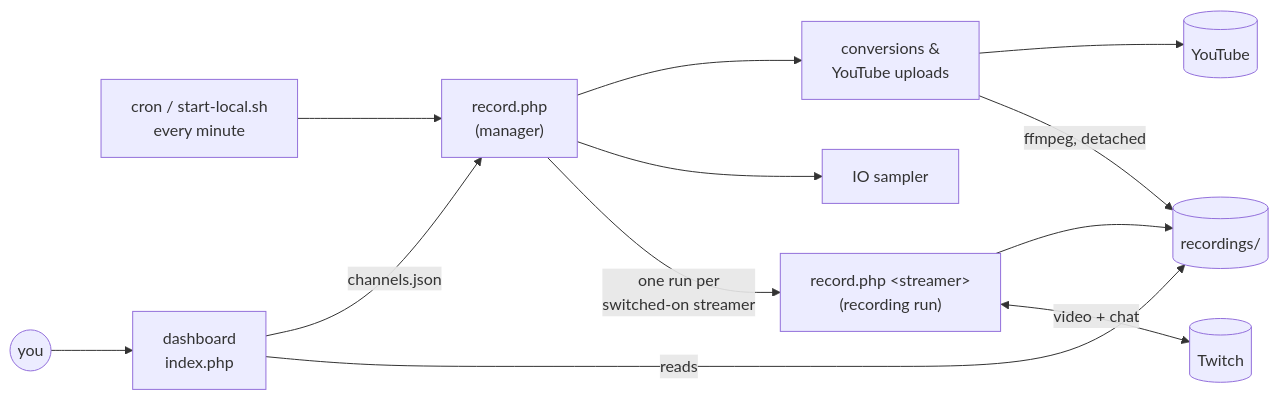
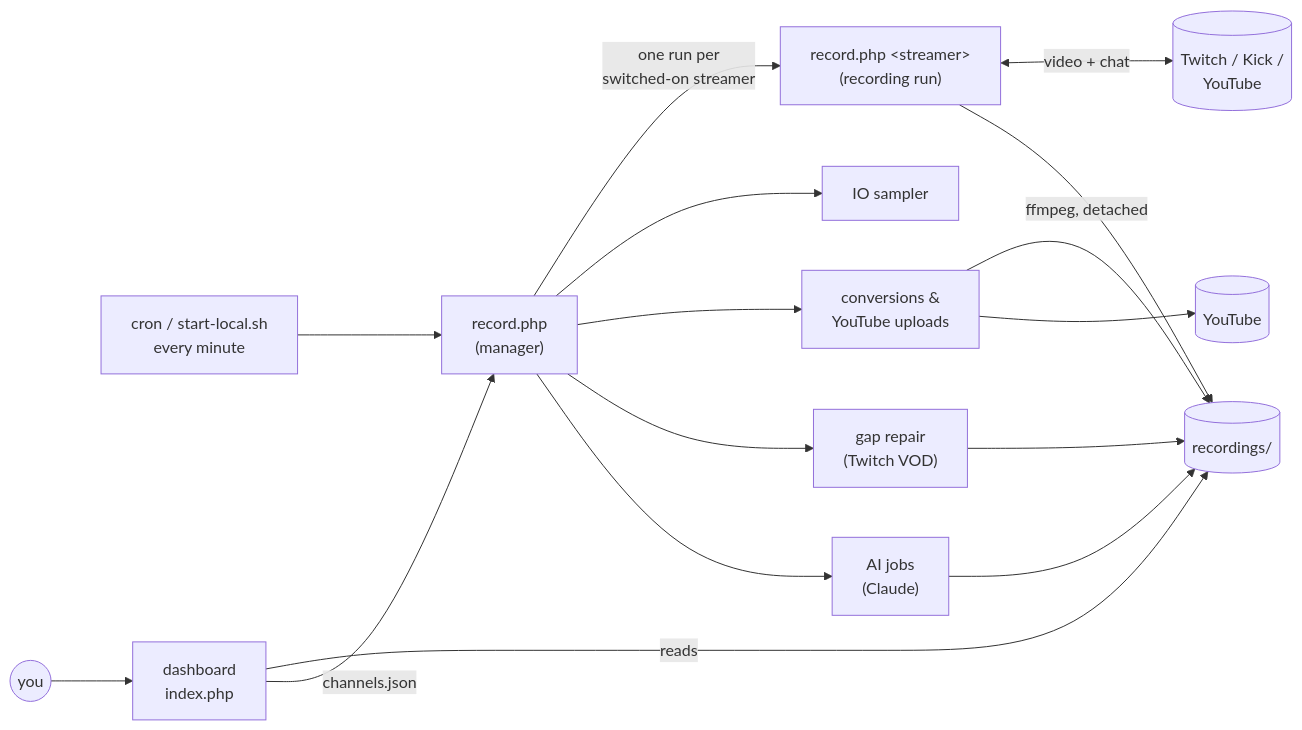
Before and after one commit to LandonGam3r/stream-recorder: the diagram in docs/how-it-works.md, drawn with Mermaid. The commit also changed other lines of this file and 26 other files, not shown here.

````diff
--- a/docs/how-it-works.md
+++ b/docs/how-it-works.md
@@ -3,14 +3,16 @@
 ```mermaid
 flowchart LR
     cron["cron / start-local.sh<br/>every minute"] --> mgr["record.php<br/>(manager)"]
     mgr -->|"one run per<br/>switched-on streamer"| run["record.php &lt;streamer&gt;<br/>(recording run)"]
     mgr --> io["IO sampler"]
     mgr --> conv["conversions &amp;<br/>YouTube uploads"]
-    run <-->|"video + chat"| twitch[(Twitch)]
+    run <-->|"video + chat"| twitch[(Twitch / Kick /<br/>YouTube)]
     run --> files[("recordings/")]
     conv -->|"ffmpeg, detached"| files
+    mgr --> gaps["gap repair<br/>(Twitch VOD)"] --> files
+    mgr --> ai["AI jobs<br/>(Claude)"] --> files
     conv --> yt[(YouTube)]
     dash["dashboard<br/>index.php"] -->|"reads"| files
     dash -->|"channels.json"| mgr
     you(("you")) --> dash
 ```
````
